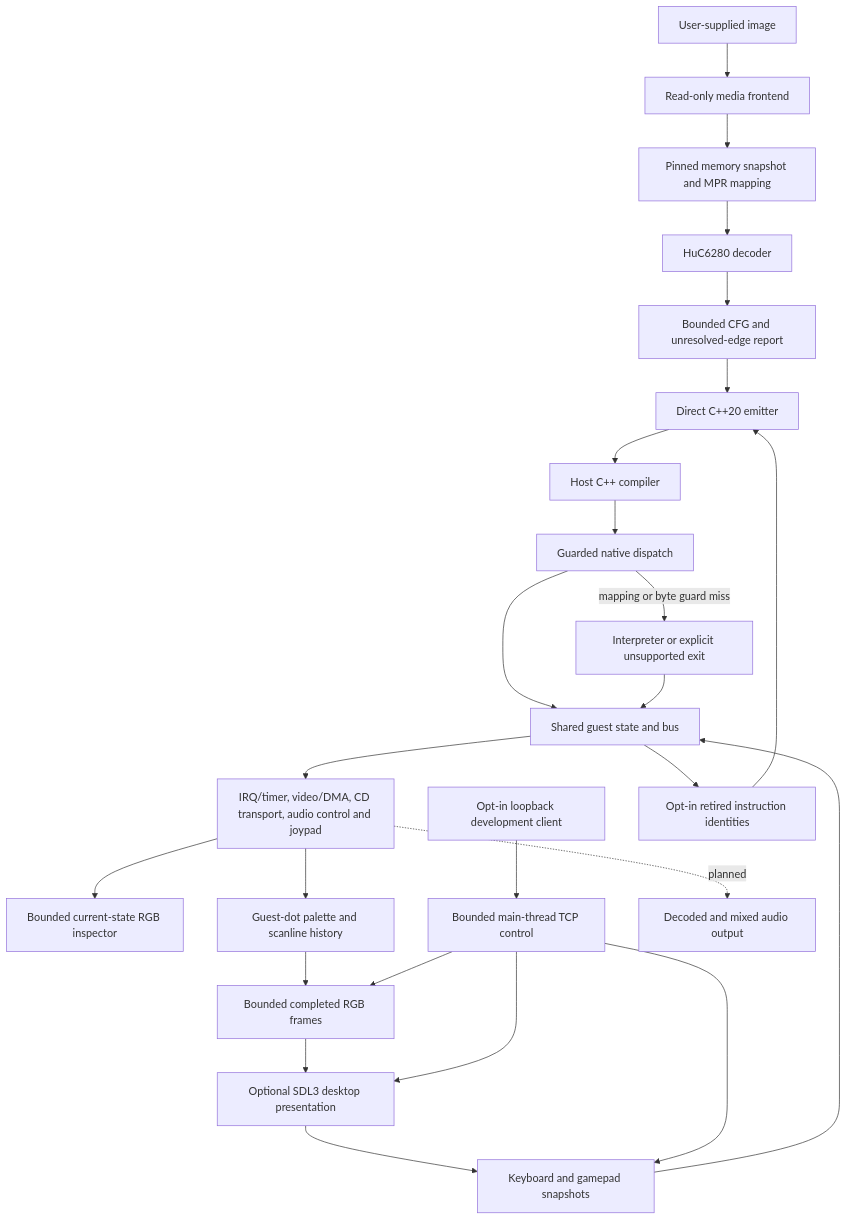
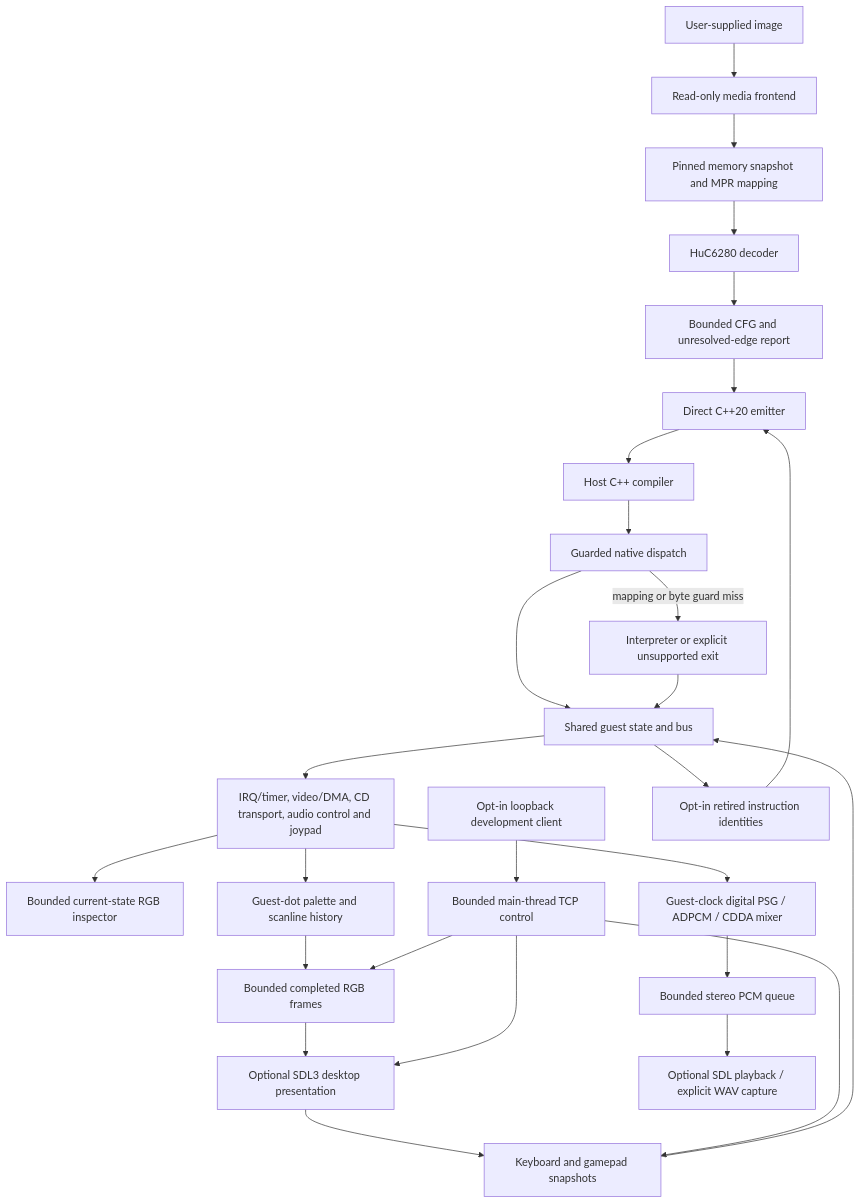
The diagram in docs/ARCHITECTURE.md (rages4calm/pcenginerecomp), drawn with Mermaid before and after one commit. The commit also changed other lines of this file and 13 other files, not shown here.

````diff
--- a/docs/ARCHITECTURE.md
+++ b/docs/ARCHITECTURE.md
@@ -11,27 +11,29 @@
 ```mermaid
 flowchart TD
   Image[User-supplied image] --> Media[Read-only media frontend]
   Media --> Snapshot[Pinned memory snapshot and MPR mapping]
   Snapshot --> Decode[HuC6280 decoder]
   Decode --> CFG[Bounded CFG and unresolved-edge report]
   CFG --> Emit[Direct C++20 emitter]
   Emit --> Compiler[Host C++ compiler]
   Compiler --> Native[Guarded native dispatch]
   Native --> Bus[Shared guest state and bus]
   Native -->|mapping or byte guard miss| Fallback[Interpreter or explicit unsupported exit]
   Fallback --> Bus
   Bus --> Profiles[IRQ/timer, video/DMA, CD transport, audio control and joypad]
   Profiles --> Inspect[Bounded current-state RGB inspector]
   Profiles --> Video[Guest-dot palette and scanline history]
   Video --> Frames[Bounded completed RGB frames]
   Frames --> Host[Optional SDL3 desktop presentation]
   Host --> Input[Keyboard and gamepad snapshots]
   Input --> Bus
   Dev[Opt-in loopback development client] --> Control[Bounded main-thread TCP control]
   Control --> Input
   Control --> Frames
   Control --> Host
-  Profiles -. planned .-> Audio[Decoded and mixed audio output]
+  Profiles --> Audio[Guest-clock digital PSG / ADPCM / CDDA mixer]
+  Audio --> AudioQueue[Bounded stereo PCM queue]
+  AudioQueue --> AudioHost[Optional SDL playback / explicit WAV capture]
   Bus --> Capture[Opt-in retired instruction identities]
   Capture --> Emit
 ```
````
